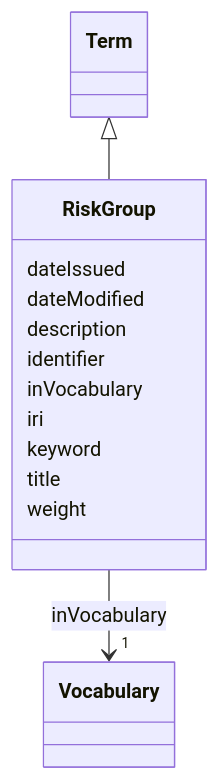
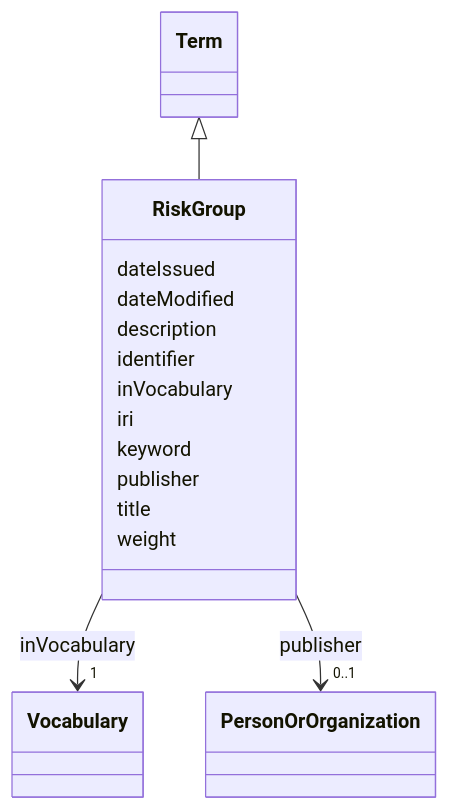
The diagram in models/docs/RiskGroup.md (EVORA-project/evora-ontology), drawn with Mermaid before and after one commit. The commit also changed other lines of this file and 468 other files, not shown here.

````diff
--- a/models/docs/RiskGroup.md
+++ b/models/docs/RiskGroup.md
@@ -19,34 +19,43 @@
 ```mermaid
  classDiagram
     class RiskGroup
     click RiskGroup href "../RiskGroup"
       Term <|-- RiskGroup
         click Term href "../Term"
       
       RiskGroup : dateIssued
         
       RiskGroup : dateModified
         
       RiskGroup : description
         
       RiskGroup : identifier
         
       RiskGroup : inVocabulary
         
           
     
     
     RiskGroup --> "1" Vocabulary : inVocabulary
     click Vocabulary href "../Vocabulary"
 
         
       RiskGroup : iri
         
       RiskGroup : keyword
         
+      RiskGroup : publisher
+        
+          
+    
+    
+    RiskGroup --> "0..1" PersonOrOrganization : publisher
+    click PersonOrOrganization href "../PersonOrOrganization"
+
+        
       RiskGroup : title
         
       RiskGroup : weight
         
       
 ```
````
